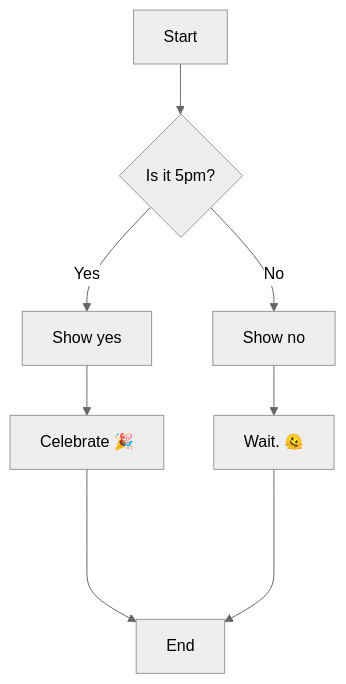
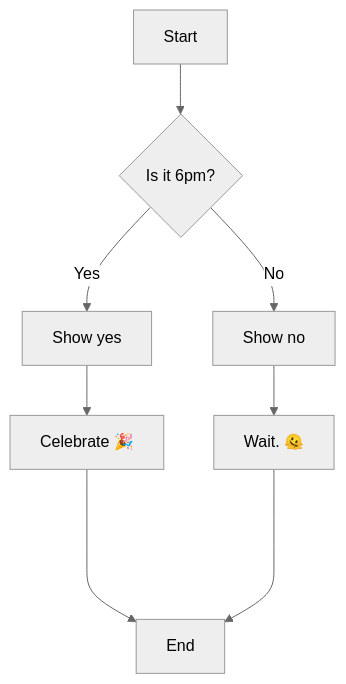
The diagram in README.md (jiachenyee/fivepm.xyz), drawn with Mermaid (neutral theme) before and after one commit. The commit also changed other lines of this file and 3 other files, not shown here.

````diff
--- a/README.md
+++ b/README.md
@@ -5,10 +5,10 @@
 ```mermaid
 flowchart TD
-    A[Start] --> B{Is it 5pm?};
+    A[Start] --> B{Is it 6pm?};
     B -- Yes --> C[Show yes];
     C --> F["Celebrate 🎉"];
     B -- No --> D[Show no];
     D --> G["Wait. 🫠"];
     F ----> E[End];
     G ----> E[End];
 ```
````
